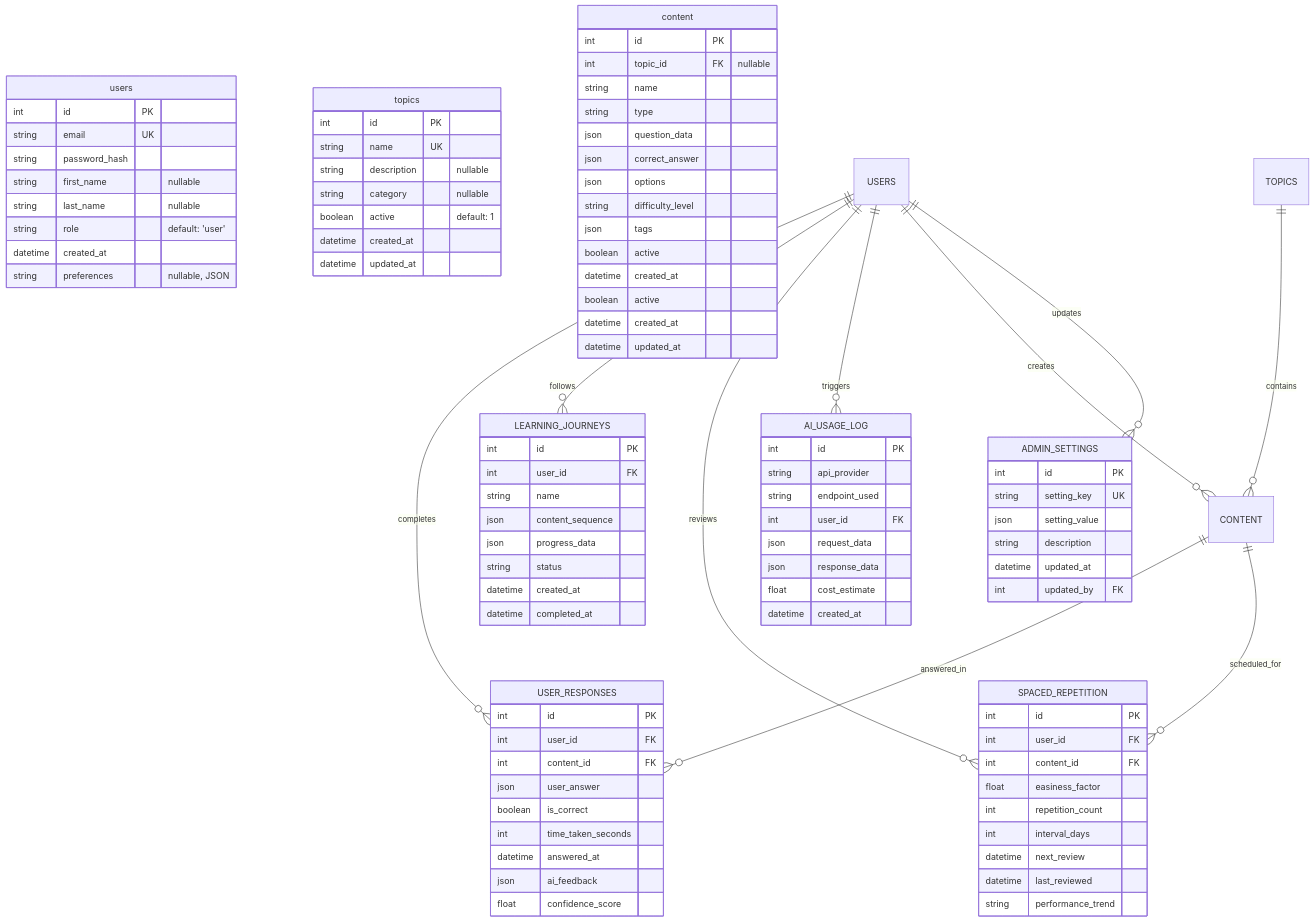
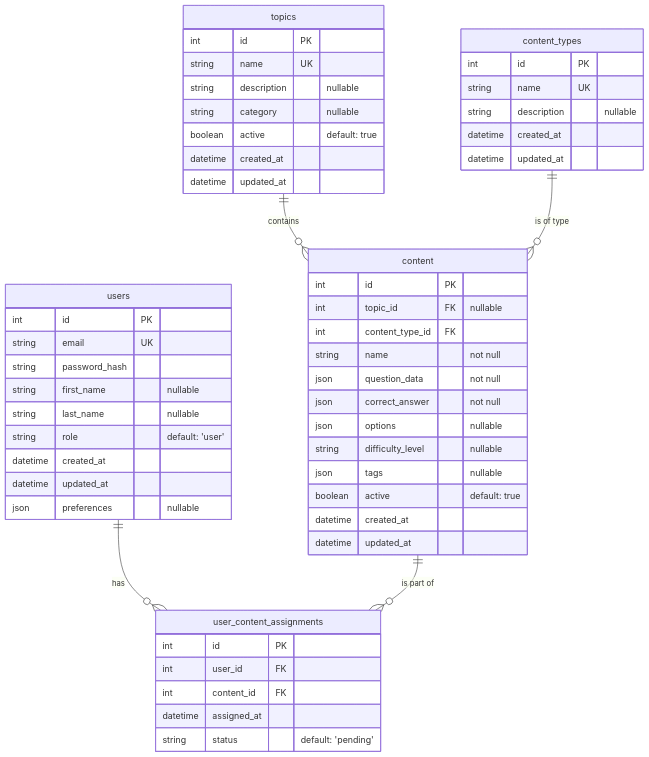
Before and after one commit to niklas-joh/french-learning-platform: the diagram in docs/development_docs/database_schema.mermaid, drawn with Mermaid.

Commit message:
docs(db): Update schema diagram to reflect current state

```diff
--- a/docs/development_docs/database_schema.mermaid
+++ b/docs/development_docs/database_schema.mermaid
@@ -1,103 +1,58 @@
 erDiagram
     users {
         int id PK
         string email UK
         string password_hash
         string first_name "nullable"
         string last_name "nullable"
         string role "default: 'user'"
         datetime created_at
-        string preferences "nullable, JSON"
+        datetime updated_at
+        json preferences "nullable"
     }
 
     topics {
         int id PK
         string name UK
         string description "nullable"
         string category "nullable"
-        boolean active "default: 1"
+        boolean active "default: true"
         datetime created_at
         datetime updated_at
     }
 
     content {
         int id PK
         int topic_id FK "nullable"
-        string name
-        string type
-        json question_data
-        json correct_answer
-        json options
-        string difficulty_level
-        json tags
-        boolean active
-        datetime created_at
-        boolean active
+        int content_type_id FK
+        string name "not null"
+        json question_data "not null"
+        json correct_answer "not null"
+        json options "nullable"
+        string difficulty_level "nullable"
+        json tags "nullable"
+        boolean active "default: true"
         datetime created_at
         datetime updated_at
     }
 
-    USER_RESPONSES {
+    content_types {
+        int id PK
+        string name UK
+        string description "nullable"
+        datetime created_at
+        datetime updated_at
+    }
+
+    user_content_assignments {
         int id PK
         int user_id FK
         int content_id FK
-        json user_answer
-        boolean is_correct
-        int time_taken_seconds
-        datetime answered_at
-        json ai_feedback
-        float confidence_score
+        datetime assigned_at
+        string status "default: 'pending'"
     }
 
-    LEARNING_JOURNEYS {
-        int id PK
-        int user_id FK
-        string name
-        json content_sequence
-        json progress_data
-        string status
-        datetime created_at
-        datetime completed_at
-    }
-
-    SPACED_REPETITION {
-        int id PK
-        int user_id FK
-        int content_id FK
-        float easiness_factor
-        int repetition_count
-        int interval_days
-        datetime next_review
-        datetime last_reviewed
-        string performance_trend
-    }
-
-    AI_USAGE_LOG {
-        int id PK
-        string api_provider
-        string endpoint_used
-        int user_id FK
-        json request_data
-        json response_data
-        float cost_estimate
-        datetime created_at
-    }
-
-    ADMIN_SETTINGS {
-        int id PK
-        string setting_key UK
-        json setting_value
-        string description
-        datetime updated_at
-        int updated_by FK
-    }
-
-    USERS ||--o{ USER_RESPONSES : "completes"
-    USERS ||--o{ LEARNING_JOURNEYS : "follows"
-    USERS ||--o{ SPACED_REPETITION : "reviews"
-    USERS ||--o{ AI_USAGE_LOG : "triggers"
-    TOPICS ||--o{ CONTENT : "contains"
-    CONTENT ||--o{ USER_RESPONSES : "answered_in"
-    CONTENT ||--o{ SPACED_REPETITION : "scheduled_for"
-    USERS ||--o{ CONTENT : "creates"
-    USERS ||--o{ ADMIN_SETTINGS : "updates"
+    users ||--o{ user_content_assignments : "has"
+    content ||--o{ user_content_assignments : "is part of"
+    topics ||--o{ content : "contains"
+    content_types ||--o{ content : "is of type"
```
